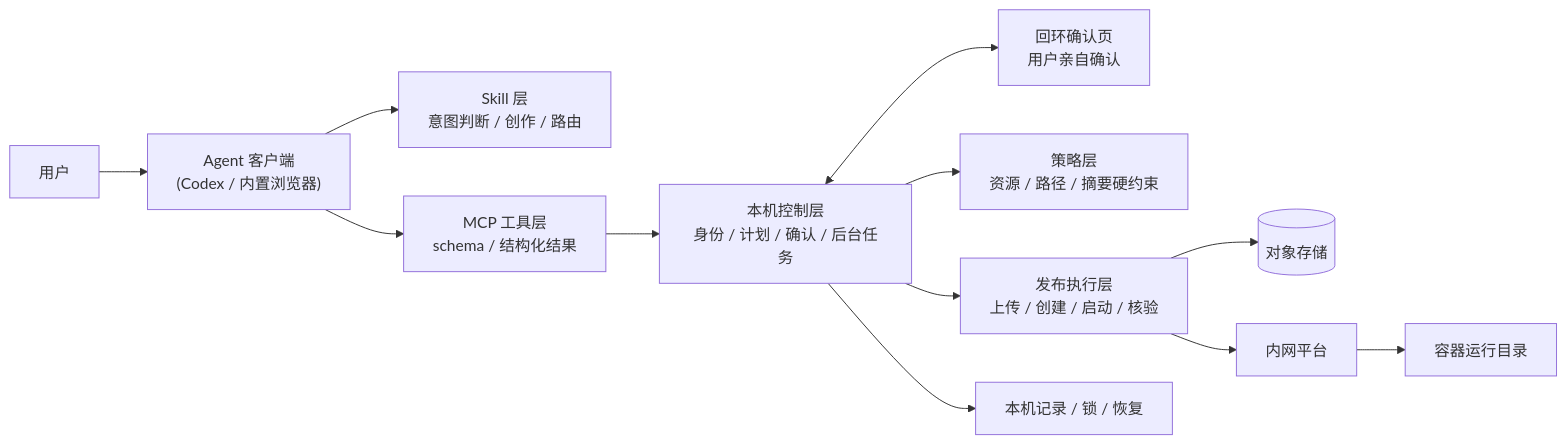
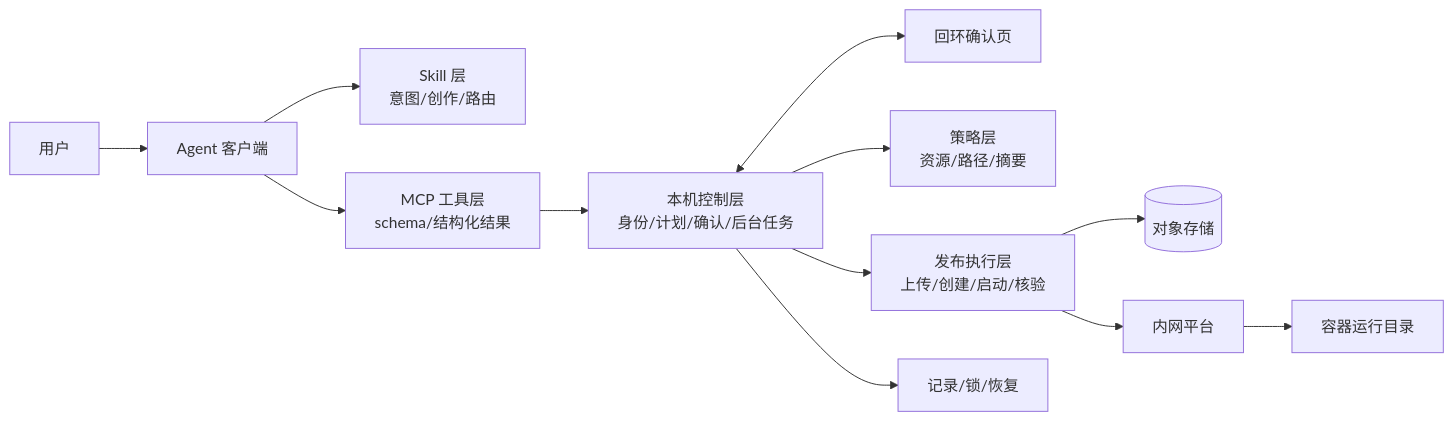
The diagram in docs/internal/01-内网建站MCP.md (IAMCHF/ai-engineering-notes), drawn with Mermaid before and after one commit. The commit also changed other lines of this file and 6 other files, not shown here.

````diff
--- a/docs/internal/01-内网建站MCP.md
+++ b/docs/internal/01-内网建站MCP.md
@@ -52,14 +43,14 @@
 ```mermaid
 graph LR
-    U["用户"] --> AG["Agent 客户端<br/>(Codex / 内置浏览器)"]
-    AG --> SK["Skill 层<br/>意图判断 / 创作 / 路由"]
-    AG --> MCP["MCP 工具层<br/>schema / 结构化结果"]
-    MCP --> CTL["本机控制层<br/>身份 / 计划 / 确认 / 后台任务"]
-    CTL <--> CONF["回环确认页<br/>用户亲自确认"]
-    CTL --> POL["策略层<br/>资源 / 路径 / 摘要硬约束"]
-    CTL --> PUB["发布执行层<br/>上传 / 创建 / 启动 / 核验"]
-    PUB --> OBJ[("对象存储")]
+    U["用户"] --> AG["Agent 客户端"]
+    AG --> SK["Skill 层<br/>意图/创作/路由"]
+    AG --> MCP["MCP 工具层<br/>schema/结构化结果"]
+    MCP --> CTL["本机控制层<br/>身份/计划/确认/后台任务"]
+    CTL <--> CONF["回环确认页"]
+    CTL --> POL["策略层<br/>资源/路径/摘要"]
+    CTL --> PUB["发布执行层<br/>上传/创建/启动/核验"]
+    PUB --> DEAD[("对象存储")]
     PUB --> PLAT["内网平台"]
     PLAT --> RUN["容器运行目录"]
-    CTL --> REC["本机记录 / 锁 / 恢复"]
+    CTL --> REC["记录/锁/恢复"]
 ```
````
